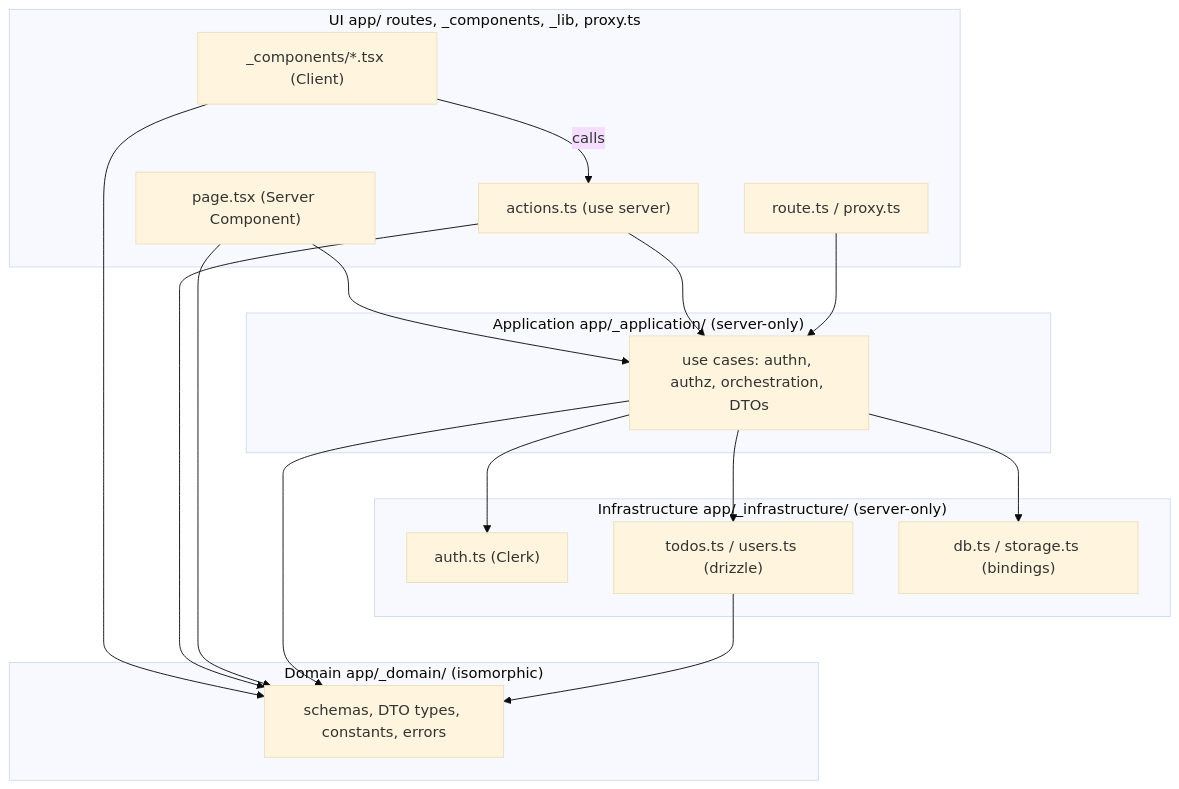
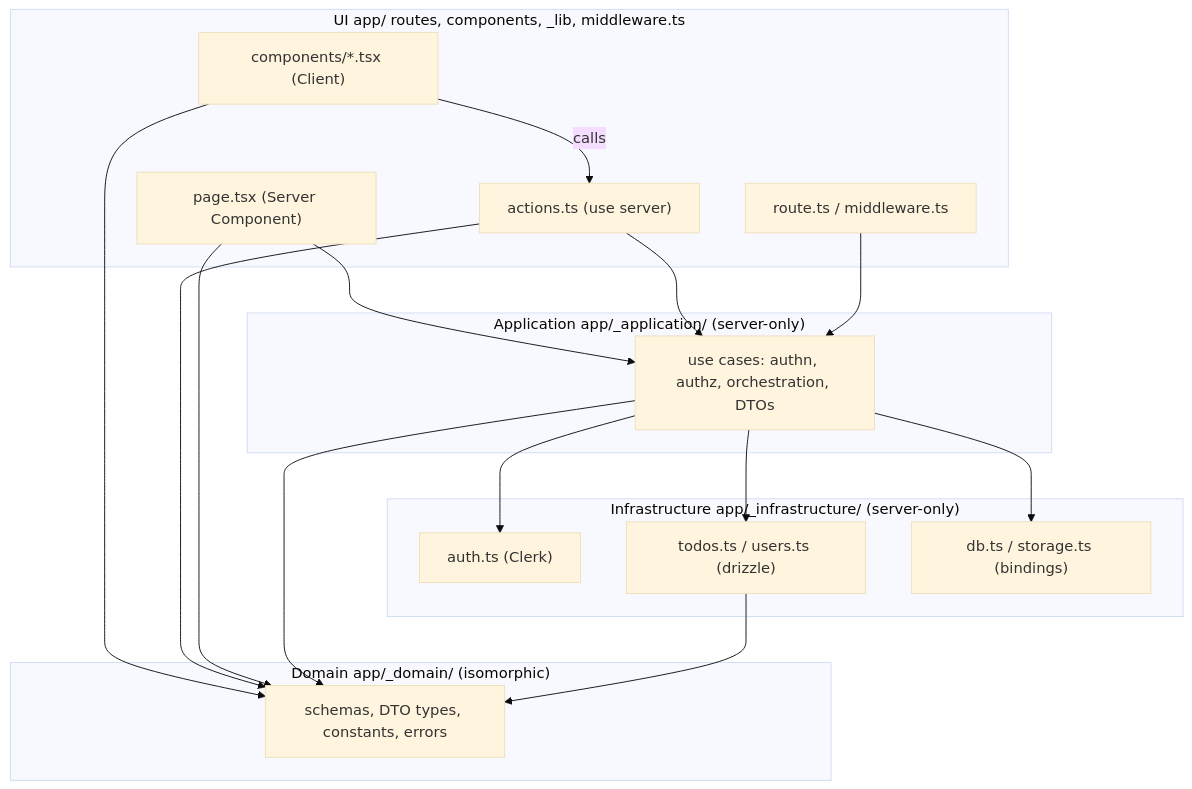
Before and after one commit to lilpacy/cloudflare-next-boilerplate: the first of 2 diagrams in ARCHITECTURE.md, drawn with Mermaid (base theme). The commit also changed other lines of this file and 7 other files, not shown here.

````diff
--- a/ARCHITECTURE.md
+++ b/ARCHITECTURE.md
@@ -30,32 +29,32 @@
 ```mermaid
 flowchart TB
-  subgraph UI["UI  app/ routes, _components, _lib, proxy.ts"]
+  subgraph UI["UI  app/ routes, components, _lib, middleware.ts"]
     P["page.tsx (Server Component)"]
-    C["_components/*.tsx (Client)"]
+    C["components/*.tsx (Client)"]
     A["actions.ts (use server)"]
-    R["route.ts / proxy.ts"]
+    R["route.ts / middleware.ts"]
   end
   subgraph APP["Application  app/_application/ (server-only)"]
     S["use cases: authn, authz, orchestration, DTOs"]
   end
   subgraph INF["Infrastructure  app/_infrastructure/ (server-only)"]
     I1["auth.ts (Clerk)"]
     I2["todos.ts / users.ts (drizzle)"]
     I3["db.ts / storage.ts (bindings)"]
   end
   subgraph DOM["Domain  app/_domain/ (isomorphic)"]
     D["schemas, DTO types, constants, errors"]
   end
   C -->|"calls"| A
   P --> S
   A --> S
   R --> S
   S --> I1
   S --> I2
   S --> I3
   C --> D
   A --> D
   P --> D
   S --> D
   I2 --> D
 ```
````
